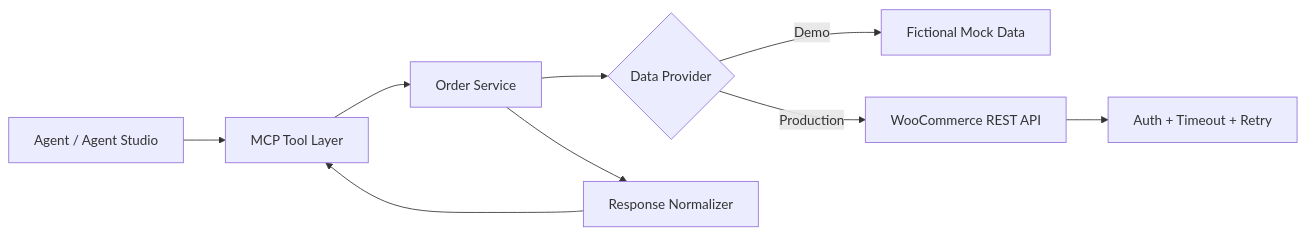
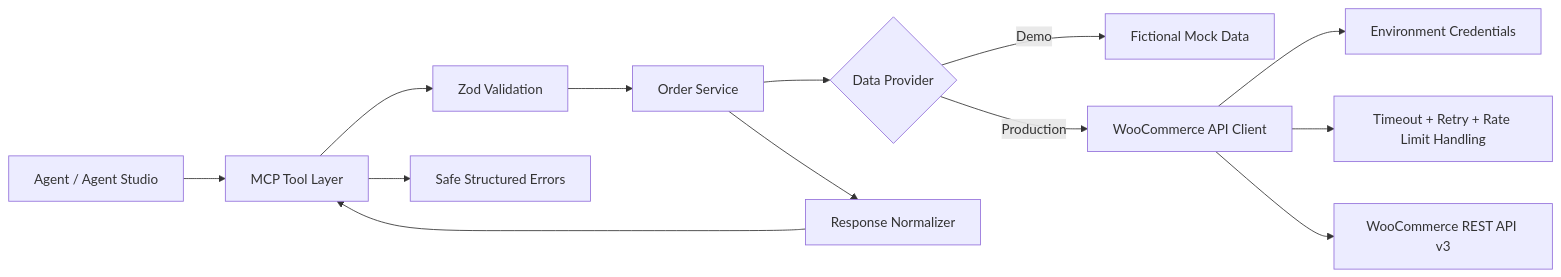
Before and after one commit to anuragverma4895/woocommerce-agent-connector: the diagram in docs/ARCHITECTURE.md, drawn with Mermaid. The commit also changed other lines of this file, not shown here.

Commit message:
docs: clarify connector architecture flow

```diff
--- a/docs/ARCHITECTURE.md
+++ b/docs/ARCHITECTURE.md
@@ -3,11 +3,15 @@
 ~~~mermaid
 flowchart LR
  A[Agent / Agent Studio] --> B[MCP Tool Layer]
- B --> C[Order Service]
+ B --> V[Zod Validation]
+ V --> C[Order Service]
  C --> D{Data Provider}
  D -->|Demo| E[Fictional Mock Data]
- D -->|Production| F[WooCommerce REST API]
- F --> G[Auth + Timeout + Retry]
- C --> H[Response Normalizer]
- H --> B
+ D -->|Production| F[WooCommerce API Client]
+ F --> G[Environment Credentials]
+ F --> H[Timeout + Retry + Rate Limit Handling]
+ F --> I[WooCommerce REST API v3]
+ C --> N[Response Normalizer]
+ N --> B
+ B --> X[Safe Structured Errors]
 ~~~
```
